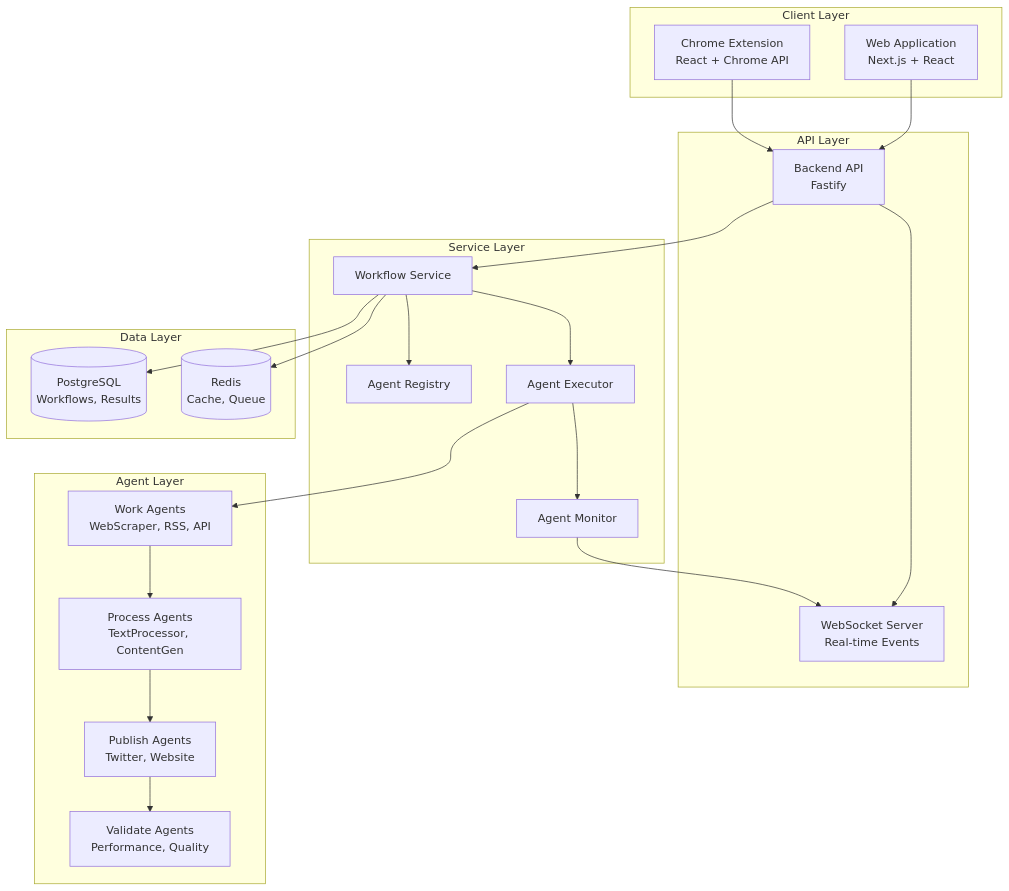
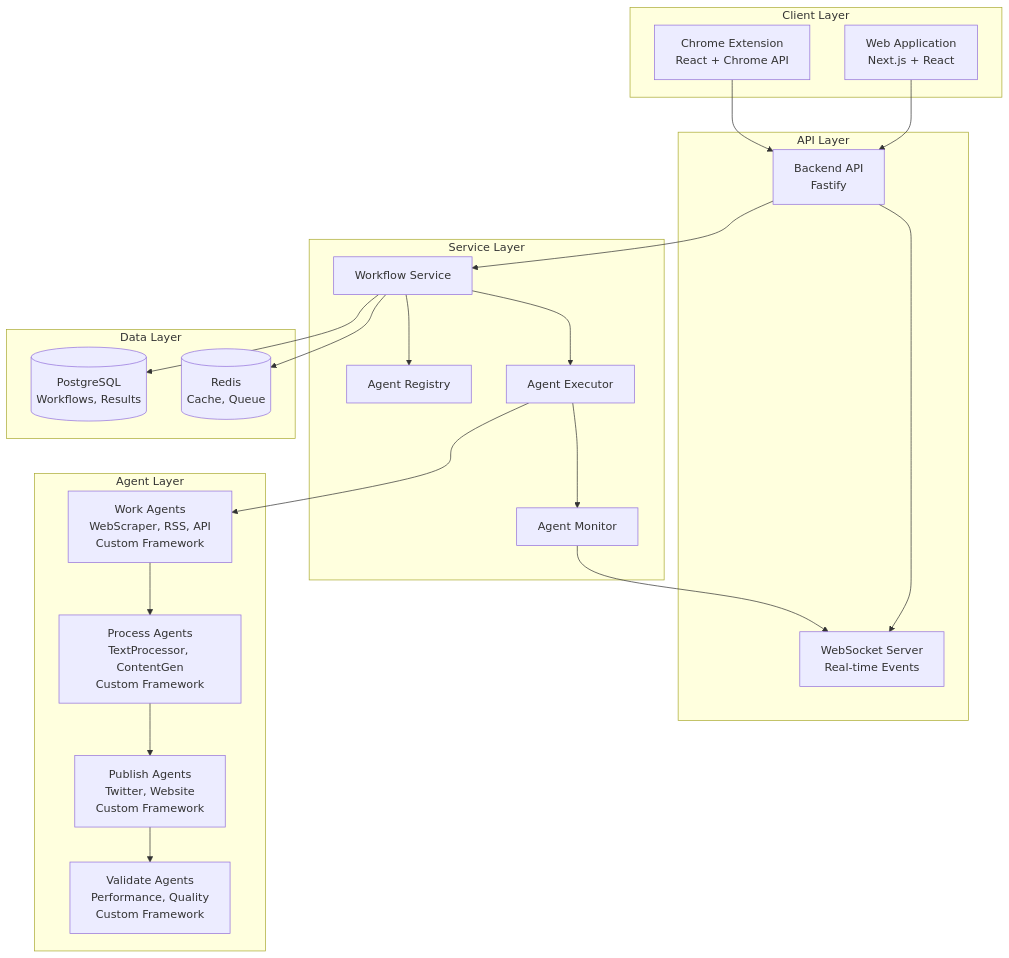
One commit to arunisean/robots changed the diagram in .kiro/specs/end-to-end-workflow/design.md. Above: the diagram before and after it, drawn with Mermaid. The commit also changed other lines of this file and 8 other files, not shown here.

First line of the commit message:
Update documentation to align with actual custom agent framework implementation

````diff
--- a/.kiro/specs/end-to-end-workflow/design.md
+++ b/.kiro/specs/end-to-end-workflow/design.md
@@ -11,46 +11,46 @@
 ```mermaid
 graph TB
     subgraph "Client Layer"
         WEB[Web Application<br/>Next.js + React]
         EXT[Chrome Extension<br/>React + Chrome API]
     end
     
     subgraph "API Layer"
         API[Backend API<br/>Fastify]
         WS[WebSocket Server<br/>Real-time Events]
     end
     
     subgraph "Service Layer"
         WF[Workflow Service]
         AR[Agent Registry]
         AE[Agent Executor]
         AM[Agent Monitor]
     end
     
     subgraph "Agent Layer"
-        WORK[Work Agents<br/>WebScraper, RSS, API]
-        PROC[Process Agents<br/>TextProcessor, ContentGen]
-        PUB[Publish Agents<br/>Twitter, Website]
-        VAL[Validate Agents<br/>Performance, Quality]
+        WORK[Work Agents<br/>WebScraper, RSS, API<br/>Custom Framework]
+        PROC[Process Agents<br/>TextProcessor, ContentGen<br/>Custom Framework]
+        PUB[Publish Agents<br/>Twitter, Website<br/>Custom Framework]
+        VAL[Validate Agents<br/>Performance, Quality<br/>Custom Framework]
     end
     
     subgraph "Data Layer"
         PG[(PostgreSQL<br/>Workflows, Results)]
         RD[(Redis<br/>Cache, Queue)]
     end
     
     WEB --> API
     EXT --> API
     API --> WS
     API --> WF
     WF --> AR
     WF --> AE
     AE --> AM
     AE --> WORK
     WORK --> PROC
     PROC --> PUB
     PUB --> VAL
     WF --> PG
     WF --> RD
     AM --> WS
 ```
````
